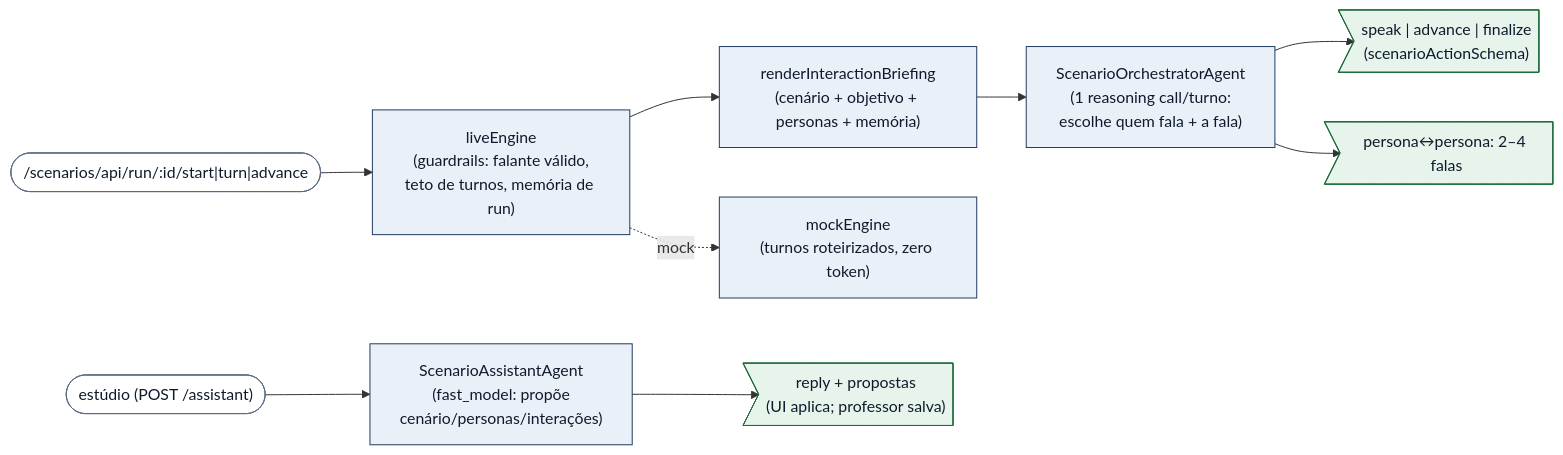
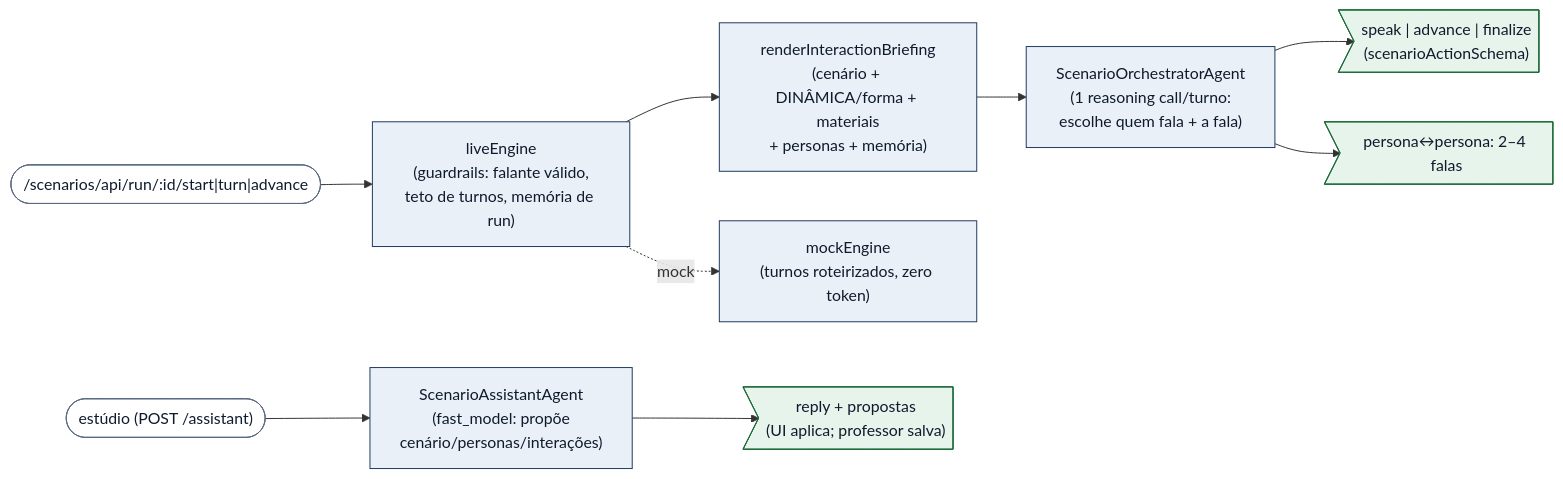
One commit to gladsjr/super-ta changed the third of 3 diagrams in docs/architecture.md. Above: the diagram before and after it, drawn with Mermaid. The commit also changed other lines of this file and 11 other files, not shown here.

````diff
--- a/docs/architecture.md
+++ b/docs/architecture.md
@@ -196,24 +196,24 @@
 ```mermaid
 flowchart LR
   RunStart(["/scenarios/api/run/:id/start|turn|advance"]) --> Live["liveEngine<br/>(guardrails: falante válido,<br/>teto de turnos, memória de run)"]
-  Live --> Brief["renderInteractionBriefing<br/>(cenário + objetivo + personas + memória)"]
+  Live --> Brief["renderInteractionBriefing<br/>(cenário + DINÂMICA/forma + materiais<br/>+ personas + memória)"]
   Brief --> ScenOrq["ScenarioOrchestratorAgent<br/>(1 reasoning call/turno:<br/>escolhe quem fala + a fala)"]
   ScenOrq --> TurnOut>"speak | advance | finalize<br/>(scenarioActionSchema)"]
   ScenOrq --> ExchangeOut>"persona↔persona: 2–4 falas"]
   Live -. mock .-> Mock["mockEngine<br/>(turnos roteirizados, zero token)"]
   Studio(["estúdio (POST /assistant)"]) --> Assist["ScenarioAssistantAgent<br/>(fast_model: propõe<br/>cenário/personas/interações)"]
   Assist --> Proposals>"reply + propostas<br/>(UI aplica; professor salva)"]
 
   classDef agent fill:#eaf0f7,stroke:#1e3a5f,color:#0f1b2d;
   classDef out   fill:#e7f4eb,stroke:#1f6c3b,color:#0f1b2d;
   classDef entry fill:#ffffff,stroke:#5a6b80,color:#0f1b2d;
   class Live,Brief,ScenOrq,Mock,Assist agent
   class TurnOut,ExchangeOut,Proposals out
   class RunStart,Studio entry
 
   click ScenOrq "vscode://file/c:/Users/glads/src/super-ta/agents/ScenarioOrchestratorAgent.js:32" "turnSystemBody (turno) — exchangeSystemBody em :56"
   click Brief "vscode://file/c:/Users/glads/src/super-ta/lib/scenarios/agenda.js" "renderInteractionBriefing / renderPersonaAgenda"
   click TurnOut "vscode://file/c:/Users/glads/src/super-ta/lib/scenarios/scenarioActionSchema.js" "schema da ação do cenário"
   click Mock "vscode://file/c:/Users/glads/src/super-ta/lib/scenarios/mockEngine.js" "mockEngine (roteirizado)"
   click Assist "vscode://file/c:/Users/glads/src/super-ta/agents/ScenarioAssistantAgent.js:26" "systemPromptBody do ScenarioAssistantAgent"
 ```
````
